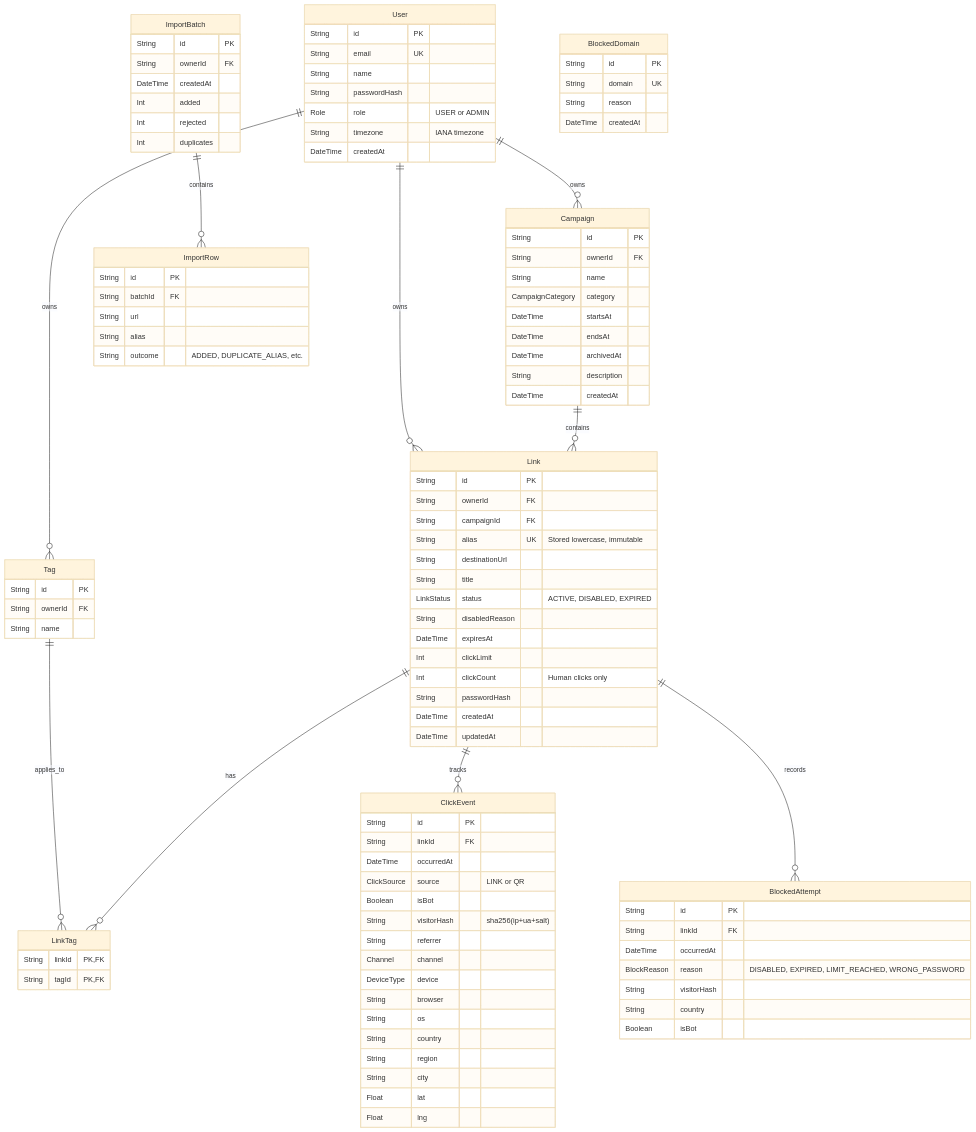
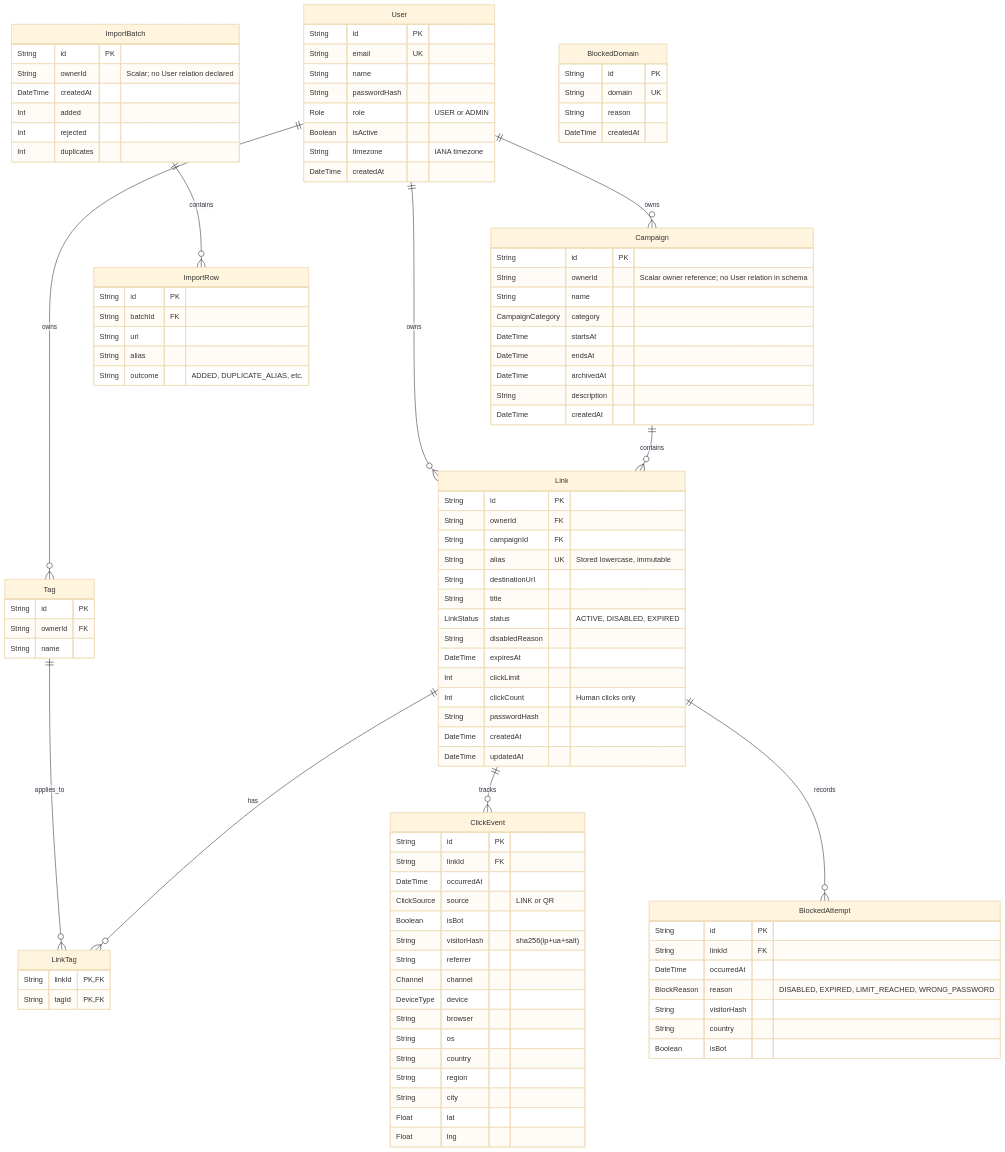
The diagram in docs/design/02-erd.md (priyanshubishtme/pulse), drawn with Mermaid (base theme) before and after one commit. The commit also changed other lines of this file and 51 other files, not shown here.

```diff
--- a/docs/design/02-erd.md
+++ b/docs/design/02-erd.md
@@ -18,13 +24,14 @@
         String name
         String passwordHash
         Role role "USER or ADMIN"
+        Boolean isActive
         String timezone "IANA timezone"
         DateTime createdAt
     }
 
     Campaign {
         String id PK
-        String ownerId FK
+        String ownerId "Scalar owner reference; no User relation in schema"
         String name
         CampaignCategory category
         DateTime startsAt
@@ -100,7 +107,7 @@
 
     ImportBatch {
         String id PK
-        String ownerId FK
+        String ownerId "Scalar; no User relation declared"
         DateTime createdAt
         Int added
         Int rejected
```
